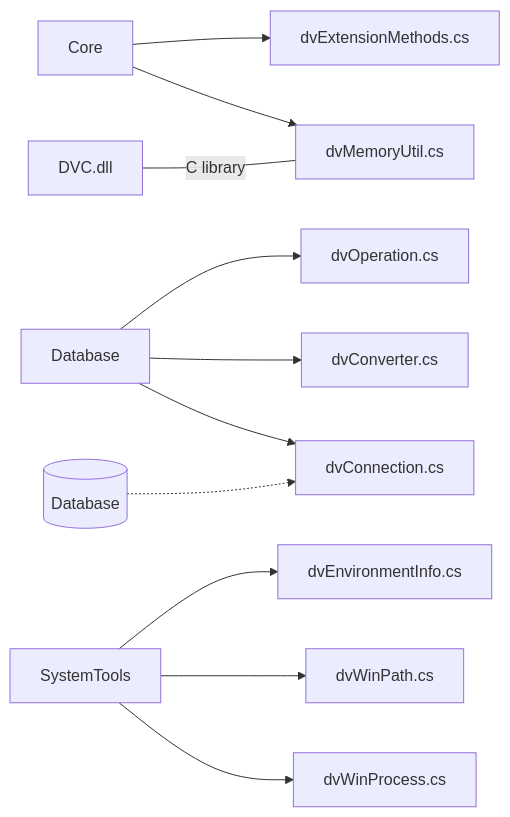
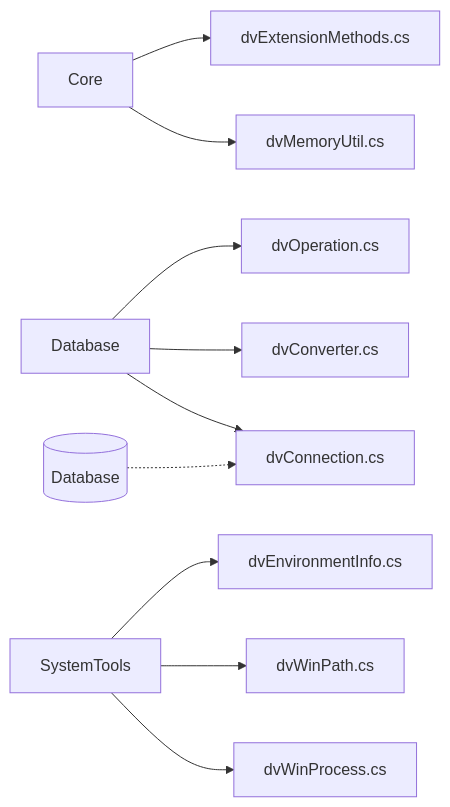
The diagram in README.md (grimy86/DataVista), drawn with Mermaid before and after one commit. The commit also changed other lines of this file and 5 other files, not shown here.

Commit message:
DVC.dll removal

````diff
--- a/README.md
+++ b/README.md
@@ -49,17 +49,15 @@
 ```mermaid
 graph LR;
 	Core --> dvExtensionMethods.cs
 	Core --> dvMemoryUtil.cs
-	
-	DVC.dll --C library--- dvMemoryUtil.cs
 	
 	Database --> dvOperation.cs
 	Database --> dvConverter.cs
 	Database --> dvConnection.cs
  
 	SQL[(Database)] -.-> dvConnection.cs	
  
 	SystemTools --> dvEnvironmentInfo.cs
 	SystemTools --> dvWinPath.cs
 	SystemTools --> dvWinProcess.cs
 ```
````
